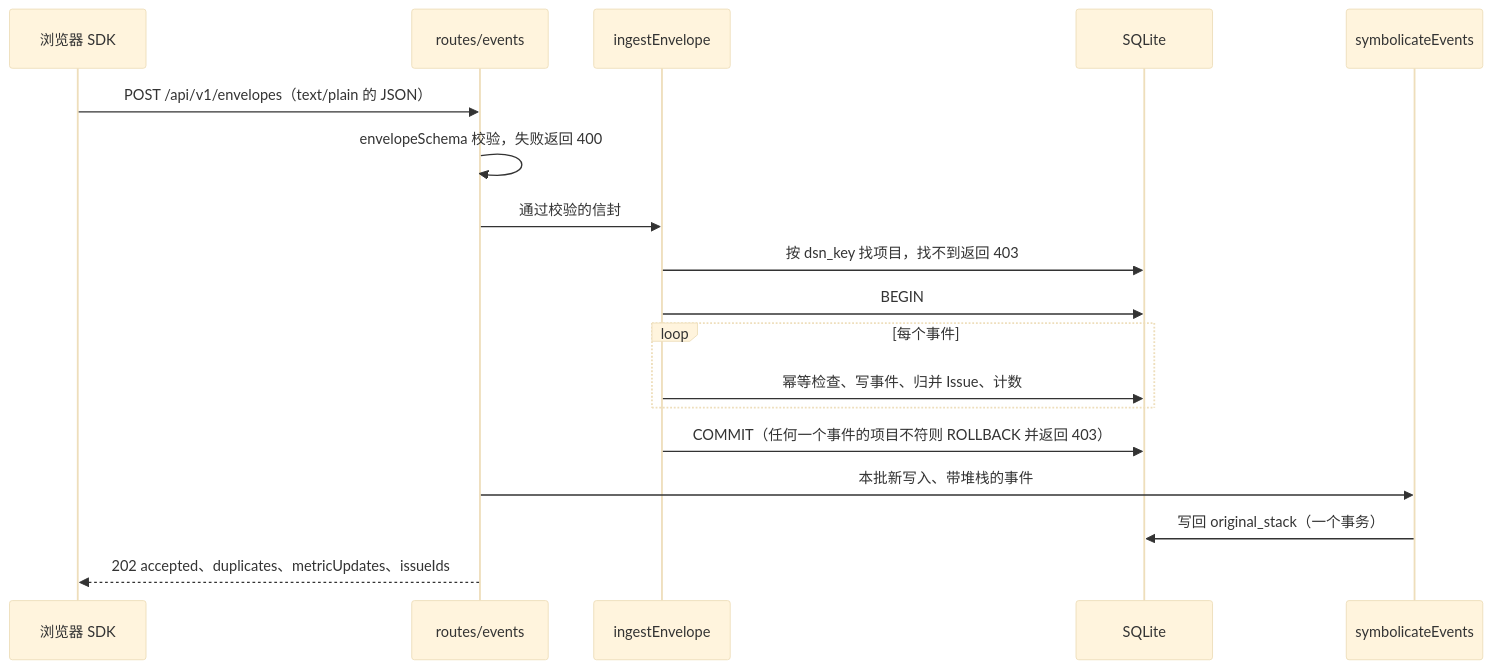
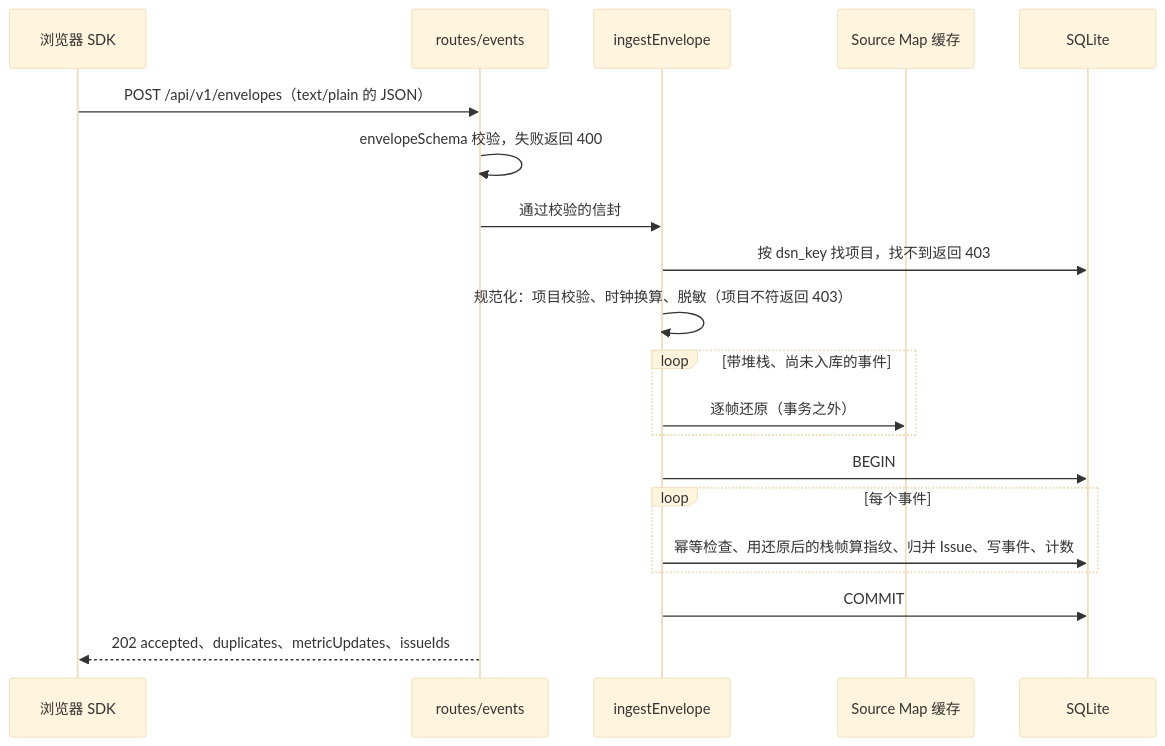
Before and after one commit to guiwzh/tracepilot: the third of 5 diagrams in docs/server.md, drawn with Mermaid (base theme). The commit also changed other lines of this file and 29 other files, not shown here.

````diff
--- a/docs/server.md
+++ b/docs/server.md
@@ -327,20 +345,22 @@
 ```mermaid
 sequenceDiagram
   participant SDK as 浏览器 SDK
   participant R as routes/events
   participant I as ingestEnvelope
+  participant M as Source Map 缓存
   participant DB as SQLite
-  participant S as symbolicateEvents
   SDK->>R: POST /api/v1/envelopes（text/plain 的 JSON）
   R->>R: envelopeSchema 校验，失败返回 400
   R->>I: 通过校验的信封
   I->>DB: 按 dsn_key 找项目，找不到返回 403
+  I->>I: 规范化：项目校验、时钟换算、脱敏（项目不符返回 403）
+  loop 带堆栈、尚未入库的事件
+    I->>M: 逐帧还原（事务之外）
+  end
   I->>DB: BEGIN
   loop 每个事件
-    I->>DB: 幂等检查、写事件、归并 Issue、计数
+    I->>DB: 幂等检查、用还原后的栈帧算指纹、归并 Issue、写事件、计数
   end
-  I->>DB: COMMIT（任何一个事件的项目不符则 ROLLBACK 并返回 403）
-  R->>S: 本批新写入、带堆栈的事件
-  S->>DB: 写回 original_stack（一个事务）
+  I->>DB: COMMIT
   R-->>SDK: 202 accepted、duplicates、metricUpdates、issueIds
 ```
````
